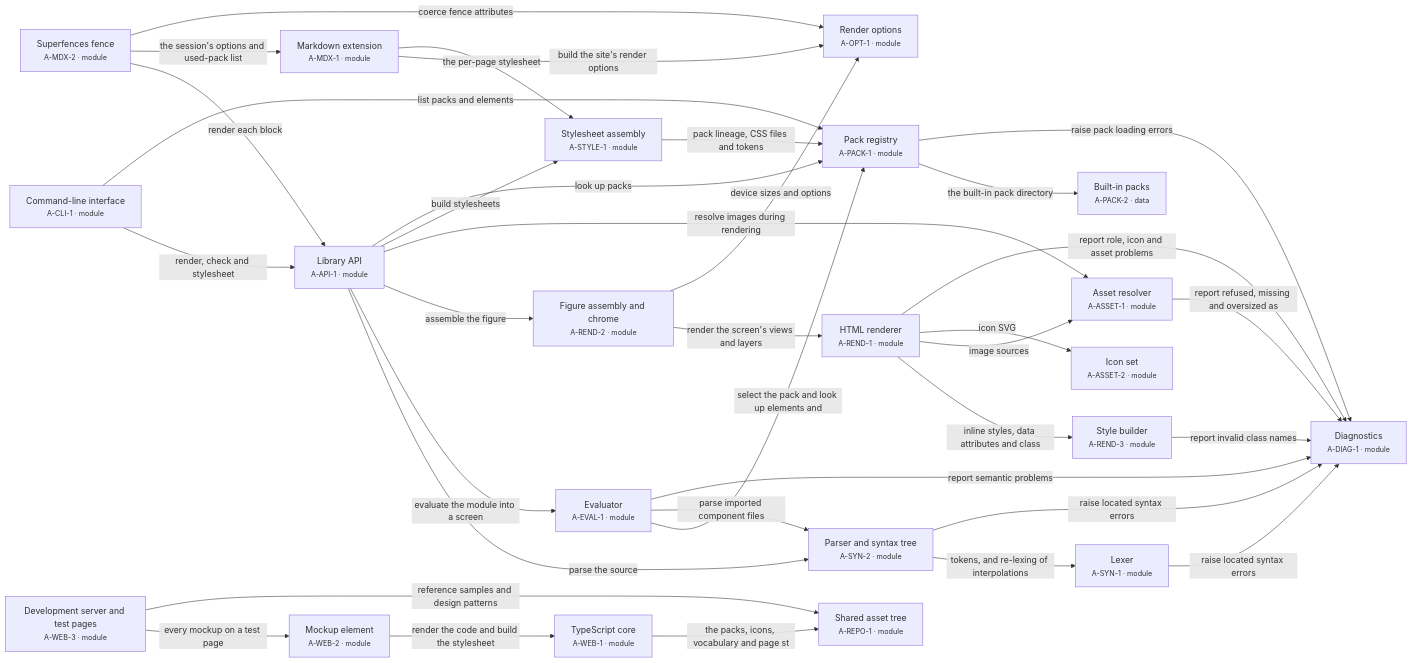
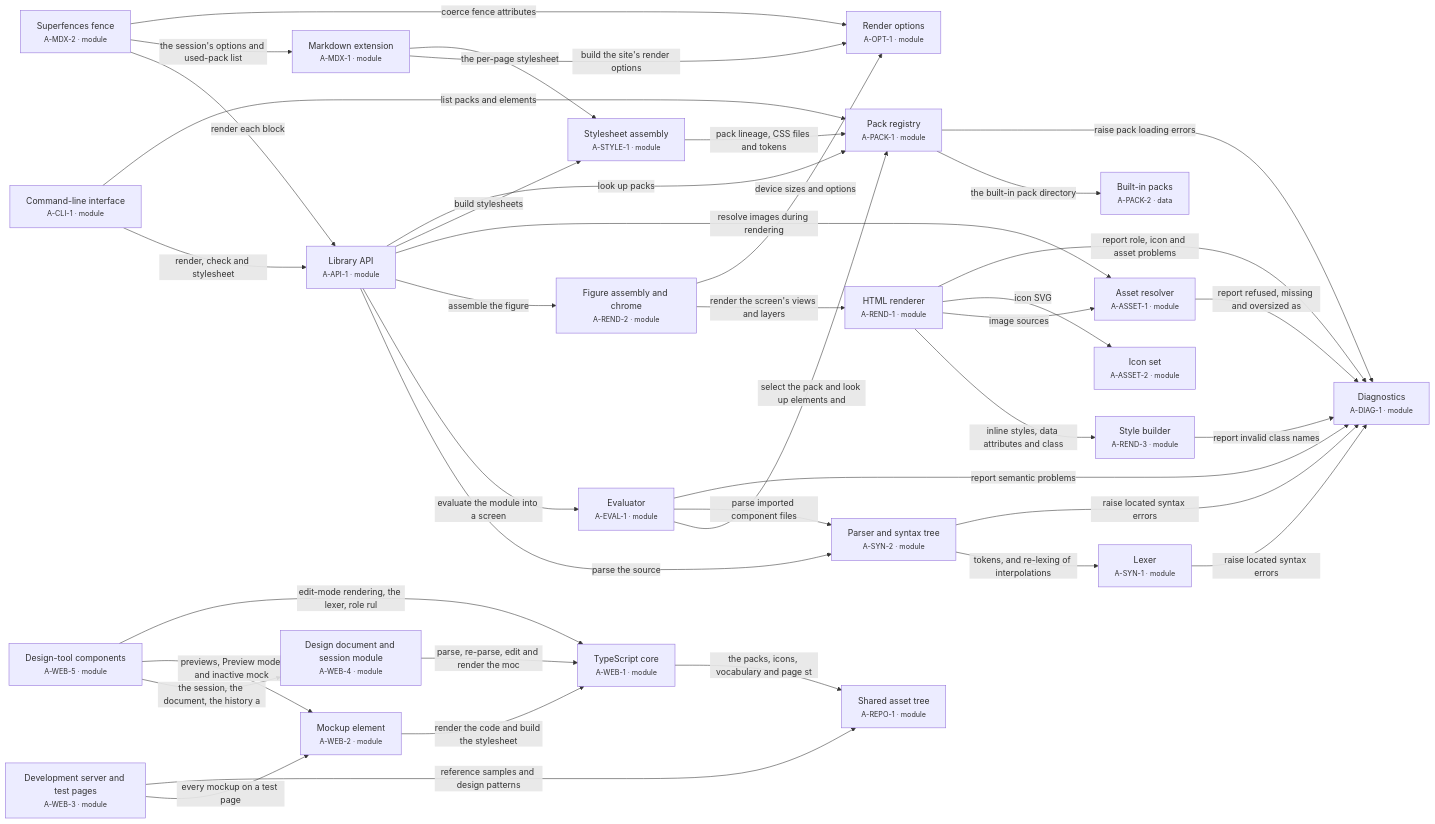
One commit to bbogovich/mockitdown changed the diagram in docs/specification/architecture/core.md. Above: the diagram before and after it, drawn with Mermaid. The commit also changed 261 other files, not shown here.

````diff
--- a/docs/specification/architecture/core.md
+++ b/docs/specification/architecture/core.md
@@ -13,58 +13,64 @@
 ```mermaid
 flowchart LR
   A_API_1["Library API<br/><small>A-API-1 · module</small>"]
   A_ASSET_1["Asset resolver<br/><small>A-ASSET-1 · module</small>"]
   A_ASSET_2["Icon set<br/><small>A-ASSET-2 · module</small>"]
   A_CLI_1["Command-line interface<br/><small>A-CLI-1 · module</small>"]
   A_DIAG_1["Diagnostics<br/><small>A-DIAG-1 · module</small>"]
   A_EVAL_1["Evaluator<br/><small>A-EVAL-1 · module</small>"]
   A_MDX_1["Markdown extension<br/><small>A-MDX-1 · module</small>"]
   A_MDX_2["Superfences fence<br/><small>A-MDX-2 · module</small>"]
   A_OPT_1["Render options<br/><small>A-OPT-1 · module</small>"]
   A_PACK_1["Pack registry<br/><small>A-PACK-1 · module</small>"]
   A_PACK_2["Built-in packs<br/><small>A-PACK-2 · data</small>"]
   A_REND_1["HTML renderer<br/><small>A-REND-1 · module</small>"]
   A_REND_2["Figure assembly and chrome<br/><small>A-REND-2 · module</small>"]
   A_REND_3["Style builder<br/><small>A-REND-3 · module</small>"]
   A_REPO_1["Shared asset tree<br/><small>A-REPO-1 · module</small>"]
   A_STYLE_1["Stylesheet assembly<br/><small>A-STYLE-1 · module</small>"]
   A_SYN_1["Lexer<br/><small>A-SYN-1 · module</small>"]
   A_SYN_2["Parser and syntax tree<br/><small>A-SYN-2 · module</small>"]
   A_WEB_1["TypeScript core<br/><small>A-WEB-1 · module</small>"]
   A_WEB_2["Mockup element<br/><small>A-WEB-2 · module</small>"]
   A_WEB_3["Development server and test pages<br/><small>A-WEB-3 · module</small>"]
+  A_WEB_4["Design document and session module<br/><small>A-WEB-4 · module</small>"]
+  A_WEB_5["Design-tool components<br/><small>A-WEB-5 · module</small>"]
   A_API_1 -->|"parse the source"| A_SYN_2
   A_API_1 -->|"evaluate the module into a screen"| A_EVAL_1
   A_API_1 -->|"assemble the figure"| A_REND_2
   A_API_1 -->|"resolve images during rendering"| A_ASSET_1
   A_API_1 -->|"build stylesheets"| A_STYLE_1
   A_API_1 -->|"look up packs"| A_PACK_1
   A_ASSET_1 -->|"report refused, missing and oversized as"| A_DIAG_1
   A_CLI_1 -->|"render, check and stylesheet"| A_API_1
   A_CLI_1 -->|"list packs and elements"| A_PACK_1
   A_EVAL_1 -->|"select the pack and look up elements and"| A_PACK_1
   A_EVAL_1 -->|"parse imported component files"| A_SYN_2
   A_EVAL_1 -->|"report semantic problems"| A_DIAG_1
   A_MDX_1 -->|"build the site's render options"| A_OPT_1
   A_MDX_1 -->|"the per-page stylesheet"| A_STYLE_1
   A_MDX_2 -->|"render each block"| A_API_1
   A_MDX_2 -->|"the session's options and used-pack list"| A_MDX_1
   A_MDX_2 -->|"coerce fence attributes"| A_OPT_1
   A_PACK_1 -->|"the built-in pack directory"| A_PACK_2
   A_PACK_1 -->|"raise pack loading errors"| A_DIAG_1
   A_REND_1 -->|"inline styles, data attributes and class"| A_REND_3
   A_REND_1 -->|"image sources"| A_ASSET_1
   A_REND_1 -->|"icon SVG"| A_ASSET_2
   A_REND_1 -->|"report role, icon and asset problems"| A_DIAG_1
   A_REND_2 -->|"render the screen's views and layers"| A_REND_1
   A_REND_2 -->|"device sizes and options"| A_OPT_1
   A_REND_3 -->|"report invalid class names"| A_DIAG_1
   A_STYLE_1 -->|"pack lineage, CSS files and tokens"| A_PACK_1
   A_SYN_1 -->|"raise located syntax errors"| A_DIAG_1
   A_SYN_2 -->|"tokens, and re-lexing of interpolations"| A_SYN_1
   A_SYN_2 -->|"raise located syntax errors"| A_DIAG_1
   A_WEB_1 -->|"the packs, icons, vocabulary and page st"| A_REPO_1
   A_WEB_2 -->|"render the code and build the stylesheet"| A_WEB_1
   A_WEB_3 -->|"every mockup on a test page"| A_WEB_2
   A_WEB_3 -->|"reference samples and design patterns"| A_REPO_1
+  A_WEB_4 -->|"parse, re-parse, edit and render the moc"| A_WEB_1
+  A_WEB_5 -->|"the session, the document, the history a"| A_WEB_4
+  A_WEB_5 -->|"previews, Preview mode and inactive mock"| A_WEB_2
+  A_WEB_5 -->|"edit-mode rendering, the lexer, role rul"| A_WEB_1
 ```
````
